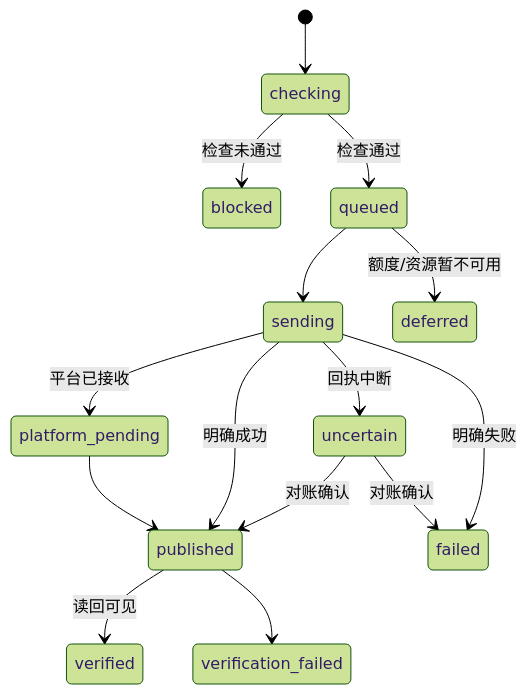
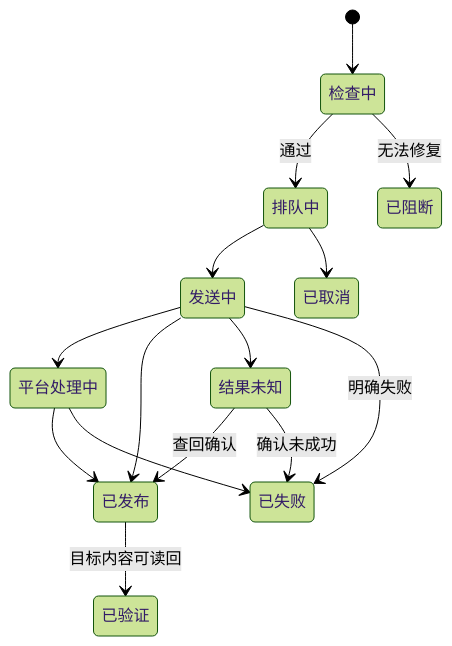
Before and after one commit to memeloop-online/Memeloop-GEO-Master: the eighth of 9 diagrams in docs/product-plan-v1.md, drawn with Mermaid (forest theme). The commit also changed other lines of this file and 2 other files, not shown here.

Commit message:
docs: restore full GEO plan and fanout-reduce architecture

````diff
--- a/docs/product-plan-v1.md
+++ b/docs/product-plan-v1.md
@@ -377,17 +945,17 @@
 ```mermaid
 stateDiagram-v2
-    [*] --> checking
-    checking --> blocked: 检查未通过
-    checking --> queued: 检查通过
-    queued --> sending
-    queued --> deferred: 额度/资源暂不可用
-    sending --> platform_pending: 平台已接收
-    sending --> published: 明确成功
-    sending --> uncertain: 回执中断
-    sending --> failed: 明确失败
-    platform_pending --> published
-    published --> verified: 读回可见
-    published --> verification_failed
-    uncertain --> published: 对账确认
-    uncertain --> failed: 对账确认
+    [*] --> 检查中
+    检查中 --> 排队中: 通过
+    检查中 --> 已阻断: 无法修复
+    排队中 --> 发送中
+    排队中 --> 已取消
+    发送中 --> 平台处理中
+    发送中 --> 已发布
+    发送中 --> 结果未知
+    发送中 --> 已失败: 明确失败
+    平台处理中 --> 已发布
+    平台处理中 --> 已失败
+    结果未知 --> 已发布: 查回确认
+    结果未知 --> 已失败: 确认未成功
+    已发布 --> 已验证: 目标内容可读回
 ```
````
